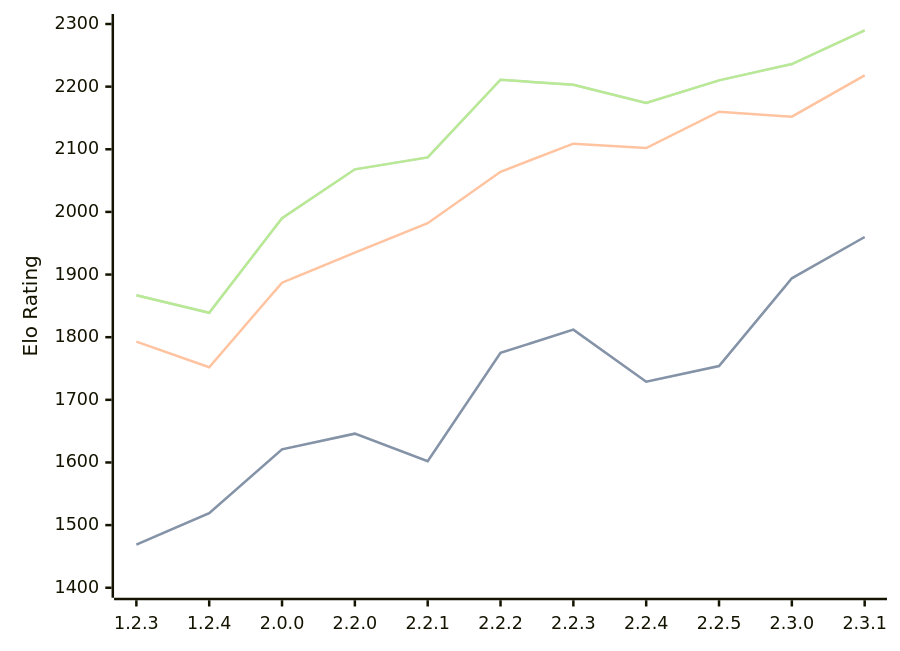
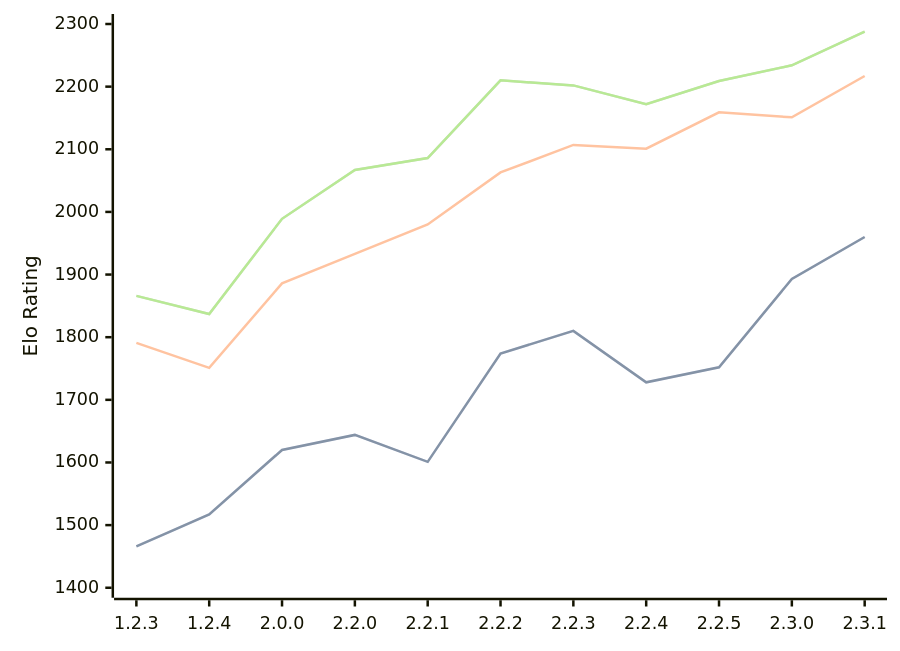
One commit to computer-chess-index/cci changed the diagram in engines/Kreveta.md. Above: the diagram before and after it, drawn with Mermaid. The commit also changed other lines of this file, not shown here.

Commit message:
Update CCI Ratings (ELO VLTC) - 2026-06-07

````diff
--- a/engines/Kreveta.md
+++ b/engines/Kreveta.md
@@ -43,11 +43,11 @@
 ```mermaid
 %%{init: {"theme":"base","themeVariables":{"seriesColors:['#a3a3a3','#222221','#faa371']}}}%%
 xychart-beta
   x-axis ["1.2.3", "1.2.4", "2.0.0", "2.2.0", "2.2.1", "2.2.2", "2.2.3", "2.2.4", "2.2.5", "2.3.0", "2.3.1"]
   y-axis "Elo Rating" 1400 --> 2300
-  line "STC (8.0+0.08s)" [1469, 1519, 1621, 1646, 1602, 1775, 1812, 1729, 1754, 1894, 1960]
-  line "STC (8.0+0.08s)" [1469, 1519, 1621, 1646, 1602, 1775, 1812, 1729, 1754, 1894, 1960]
-  line "LTC (60.0+0.60s)" [1793, 1752, 1887, 1935, 1982, 2064, 2109, 2102, 2160, 2152, 2218]
-  line "VLTC (2m24s+1.12s)" [1867, 1839, 1990, 2068, 2087, 2211, 2203, 2174, 2210, 2236, 2290]
-  line "VLTC (2m24s+1.12s)" [1867, 1839, 1990, 2068, 2087, 2211, 2203, 2174, 2210, 2236, 2290]
+  line "STC (8.0+0.08s)" [1466, 1517, 1620, 1644, 1601, 1774, 1810, 1728, 1752, 1893, 1960]
+  line "STC (8.0+0.08s)" [1466, 1517, 1620, 1644, 1601, 1774, 1810, 1728, 1752, 1893, 1960]
+  line "LTC (60.0+0.60s)" [1791, 1751, 1886, 1933, 1980, 2063, 2107, 2101, 2159, 2151, 2217]
+  line "VLTC (2m24s+1.12s)" [1866, 1837, 1989, 2067, 2086, 2210, 2202, 2172, 2209, 2234, 2288]
+  line "VLTC (2m24s+1.12s)" [1866, 1837, 1989, 2067, 2086, 2210, 2202, 2172, 2209, 2234, 2288]
 ```
````
